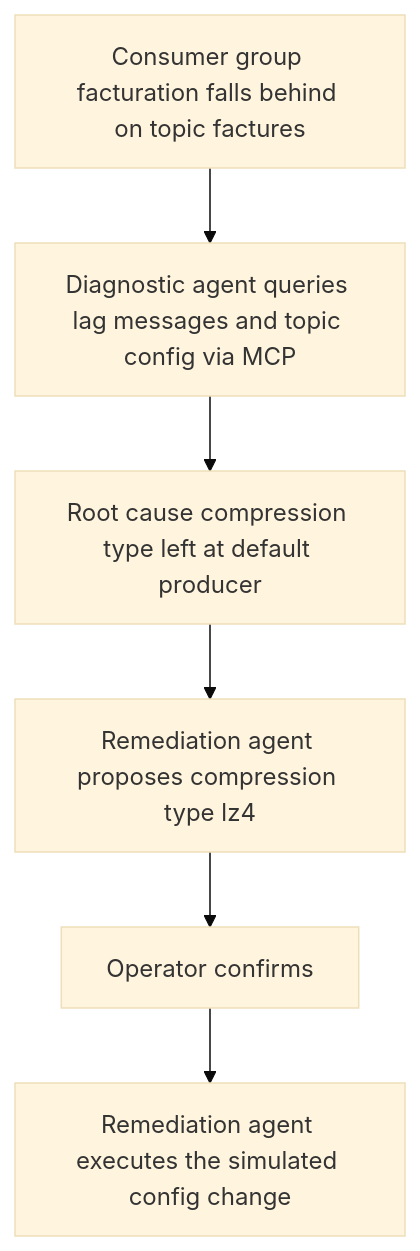
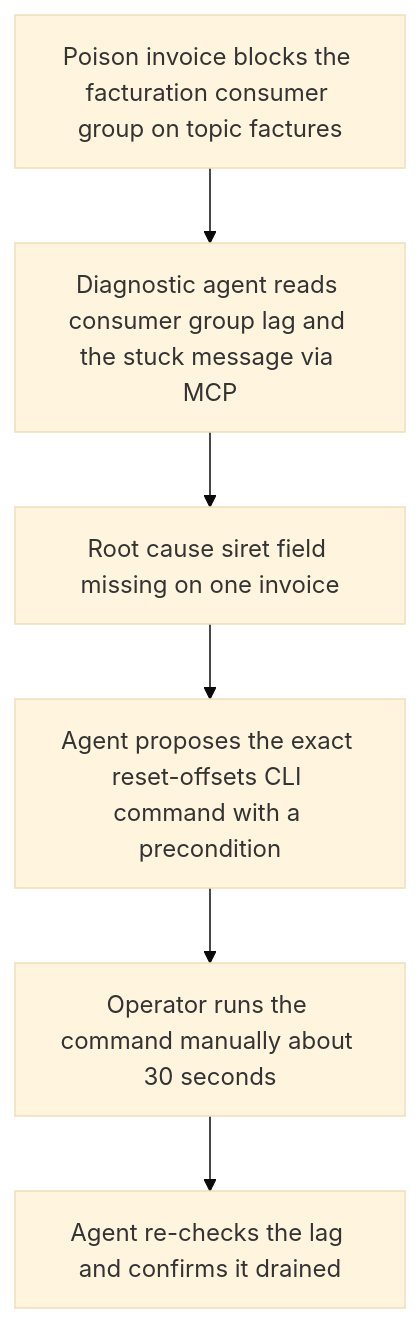
Before and after one commit to arabaaoui/kafka-ops-agents: the first of 3 diagrams in README.md, drawn with Mermaid (base theme). The commit also changed other lines of this file, not shown here.

Commit message:
refactor: poison message scenario + MCP officiel (3 commits squashed)

````diff
--- a/README.md
+++ b/README.md
@@ -22,15 +25,15 @@
 ```mermaid
 flowchart TD
-    LAG[Consumer group facturation falls behind on topic factures]
-    DIAG[Diagnostic agent queries lag messages and topic config via MCP]
-    CAUSE[Root cause compression type left at default producer]
-    PROPOSE[Remediation agent proposes compression type lz4]
-    CONFIRM[Operator confirms]
-    EXECUTE[Remediation agent executes the simulated config change]
+    LAG[Poison invoice blocks the facturation consumer group on topic factures]
+    DIAG[Diagnostic agent reads consumer group lag and the stuck message via MCP]
+    CAUSE[Root cause siret field missing on one invoice]
+    PROPOSE[Agent proposes the exact reset-offsets CLI command with a precondition]
+    FIX[Operator runs the command manually about 30 seconds]
+    VERIFY[Agent re-checks the lag and confirms it drained]
 
     LAG --> DIAG
     DIAG --> CAUSE
     CAUSE --> PROPOSE
-    PROPOSE --> CONFIRM
-    CONFIRM --> EXECUTE
+    PROPOSE --> FIX
+    FIX --> VERIFY
 ```
````
